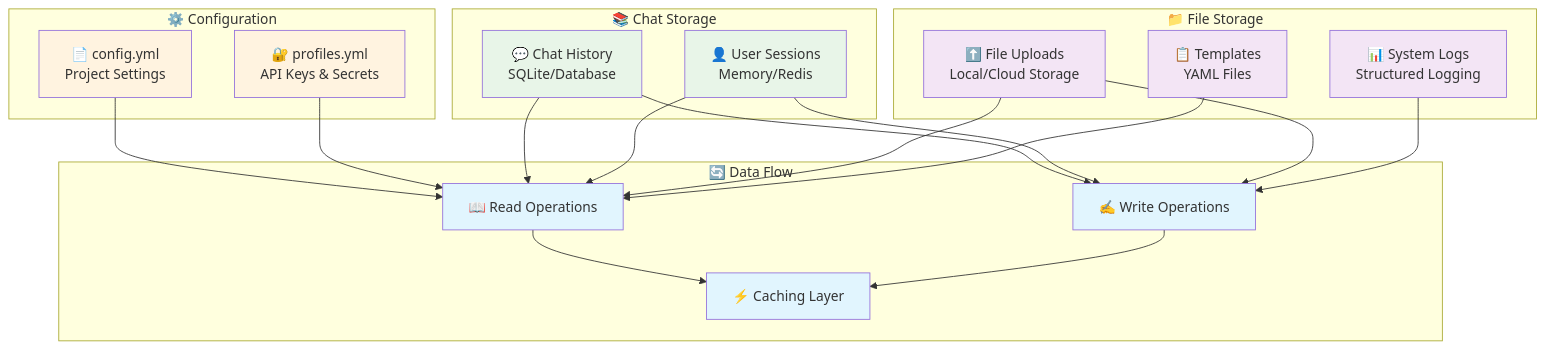
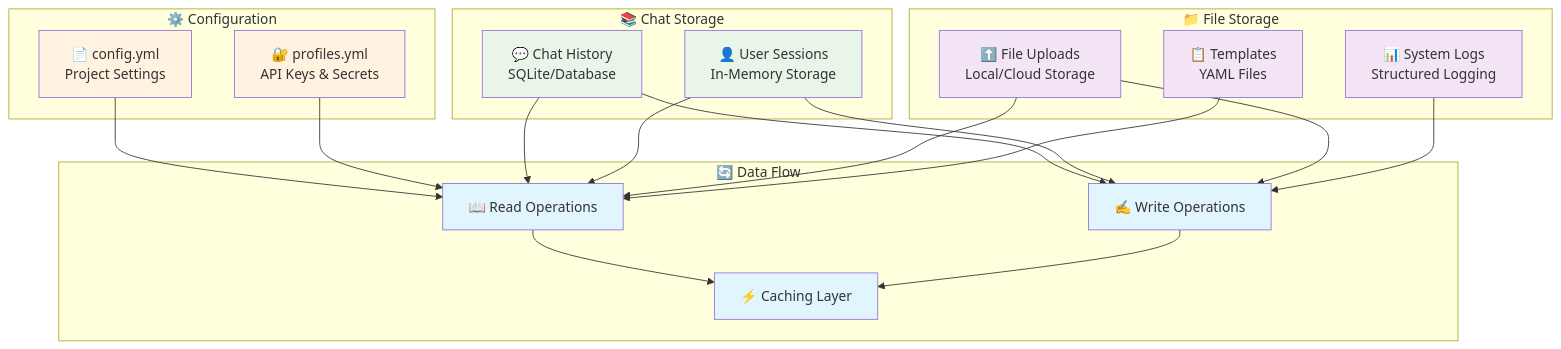
The fifth of 13 diagrams in docs/architecture/README.md (the-ingenious-dark-knight/Insight_Ingenious), drawn with Mermaid before and after one commit. The commit also changed other lines of this file and 3 other files, not shown here.

````diff
--- a/docs/architecture/README.md
+++ b/docs/architecture/README.md
@@ -204,48 +204,48 @@
 ```mermaid
 graph TB
     subgraph "⚙️ Configuration"
         CONFIG_YML[📄 config.yml<br/>Project Settings]
         PROFILES_YML[🔐 profiles.yml<br/>API Keys & Secrets]
     end
 
     subgraph "📚 Chat Storage"
         HISTORY[💬 Chat History<br/>SQLite/Database]
-        SESSIONS[👤 User Sessions<br/>Memory/Redis]
+        SESSIONS[👤 User Sessions<br/>In-Memory Storage]
     end
 
     subgraph "📁 File Storage"
         UPLOADS[⬆️ File Uploads<br/>Local/Cloud Storage]
         TEMPLATES[📋 Templates<br/>YAML Files]
         LOGS[📊 System Logs<br/>Structured Logging]
     end
 
     subgraph "🔄 Data Flow"
         READ[📖 Read Operations]
         WRITE[✍️ Write Operations]
         CACHE[⚡ Caching Layer]
     end
 
     CONFIG_YML --> READ
     PROFILES_YML --> READ
     HISTORY --> READ
     HISTORY --> WRITE
     SESSIONS --> READ
     SESSIONS --> WRITE
     UPLOADS --> READ
     UPLOADS --> WRITE
     TEMPLATES --> READ
     LOGS --> WRITE
 
     READ --> CACHE
     WRITE --> CACHE
 
     classDef config fill:#fff3e0
     classDef chat fill:#e8f5e8
     classDef files fill:#f3e5f5
     classDef flow fill:#e1f5fe
 
     class CONFIG_YML,PROFILES_YML config
     class HISTORY,SESSIONS chat
     class UPLOADS,TEMPLATES,LOGS files
     class READ,WRITE,CACHE flow
 ```
````
